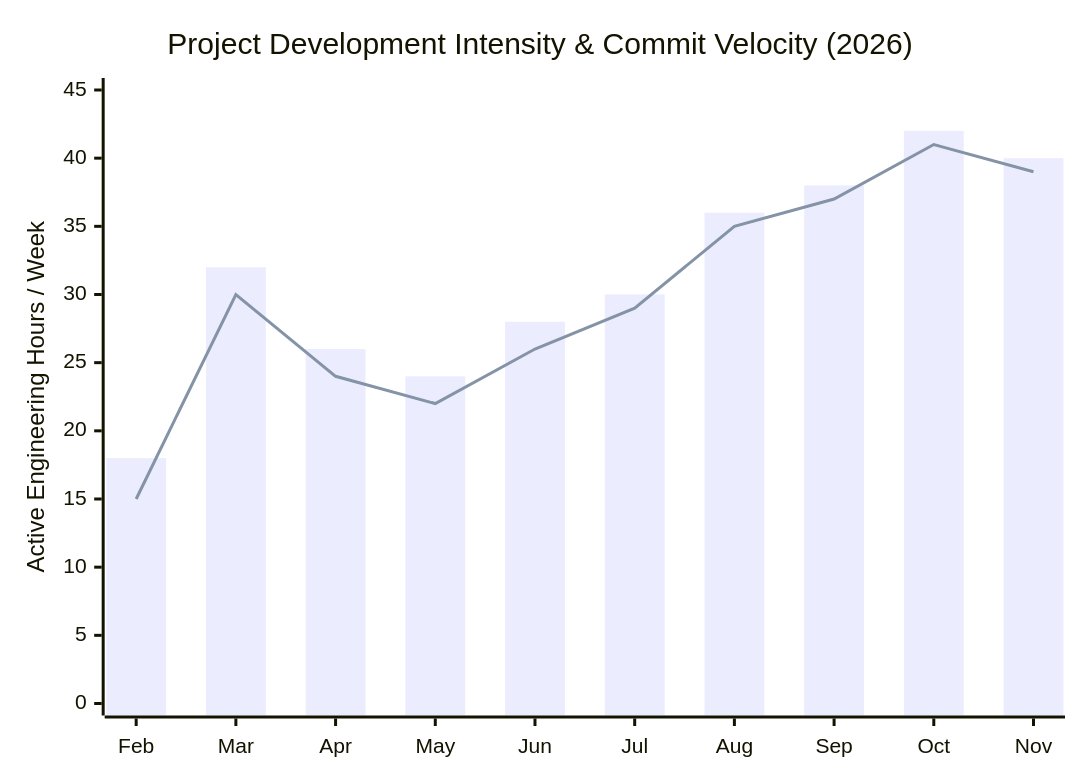
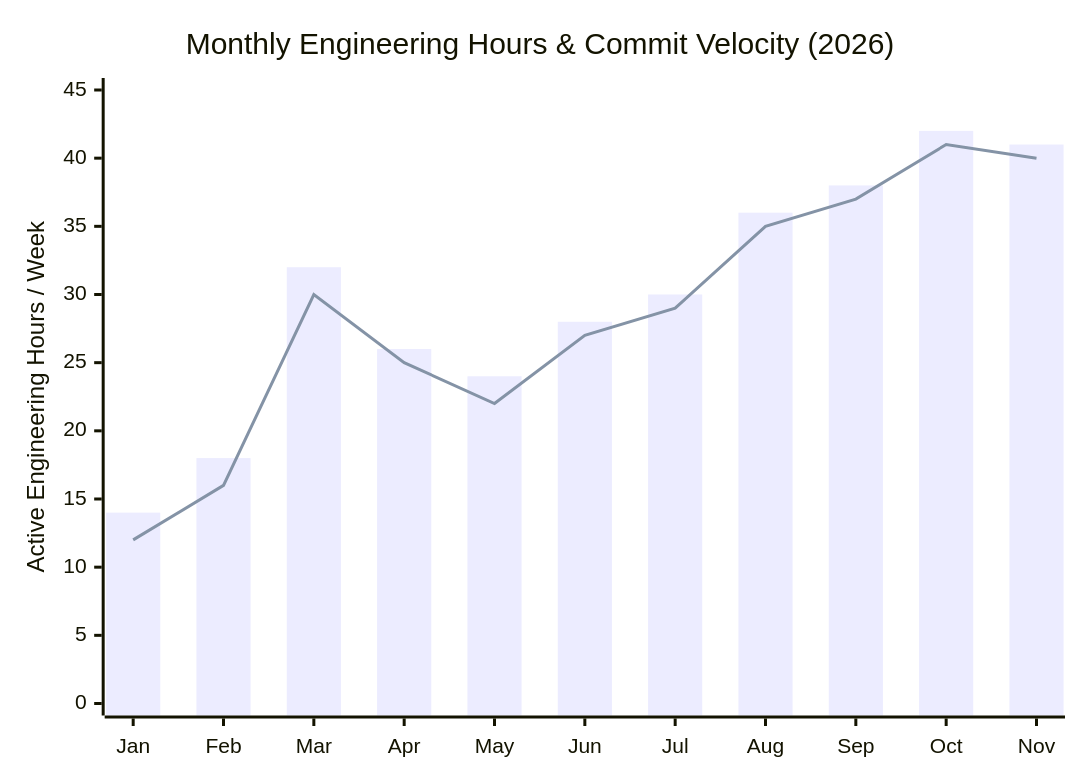
One commit to Pawan7489/Pawan7489 changed the first of 7 diagrams in README.md. Above: the diagram before and after it, drawn with Mermaid. The commit also changed other lines of this file, not shown here.

````diff
--- a/README.md
+++ b/README.md
@@ -123,8 +49,8 @@
 ```mermaid
 xychart-beta
-    title "Project Development Intensity & Commit Velocity (2026)"
-    x-axis ["Feb", "Mar", "Apr", "May", "Jun", "Jul", "Aug", "Sep", "Oct", "Nov"]
+    title "Monthly Engineering Hours & Commit Velocity (2026)"
+    x-axis ["Jan", "Feb", "Mar", "Apr", "May", "Jun", "Jul", "Aug", "Sep", "Oct", "Nov"]
     y-axis "Active Engineering Hours / Week" 0 --> 45
-    bar [18, 32, 26, 24, 28, 30, 36, 38, 42, 40]
-    line [15, 30, 24, 22, 26, 29, 35, 37, 41, 39]
+    bar [14, 18, 32, 26, 24, 28, 30, 36, 38, 42, 41]
+    line [12, 16, 30, 25, 22, 27, 29, 35, 37, 41, 40]
 ```
````
